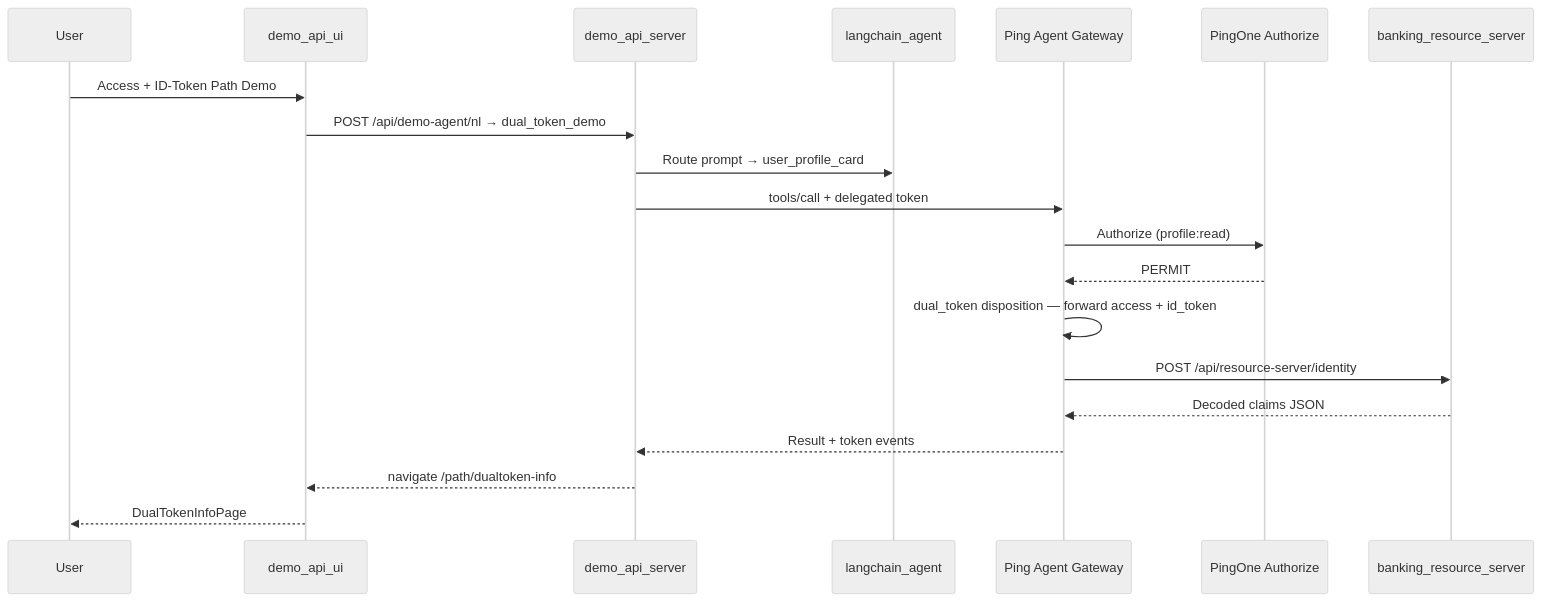
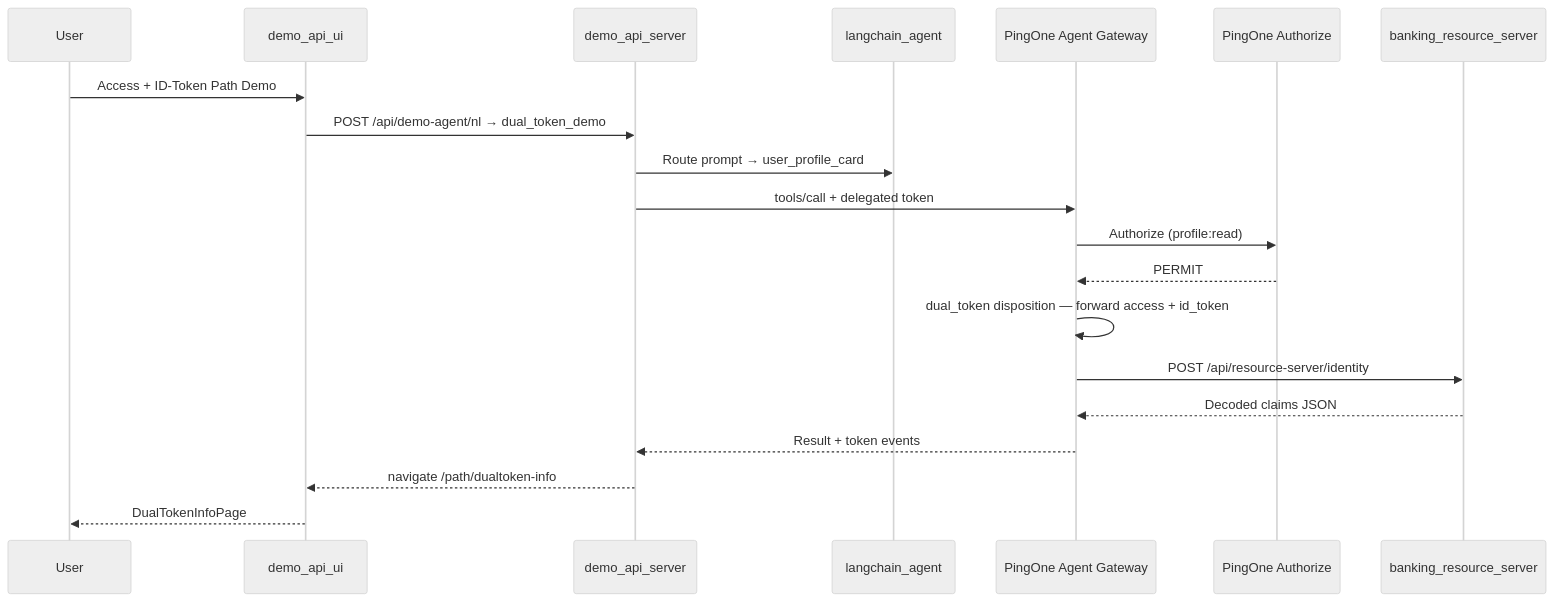
The diagram in docs/use-cases/llm-pinggateway-p1az-dualtoken-flow-test.md (curtismu7/AI-DEMO2), drawn with Mermaid (neutral theme) before and after one commit. The commit also changed other lines of this file and 322 other files, not shown here.

````diff
--- a/docs/use-cases/llm-pinggateway-p1az-dualtoken-flow-test.md
+++ b/docs/use-cases/llm-pinggateway-p1az-dualtoken-flow-test.md
@@ -33,23 +33,23 @@
 ```mermaid
 sequenceDiagram
     participant User
     participant UI as demo_api_ui
     participant BFF as demo_api_server
     participant LLM as langchain_agent
-    participant GW as Ping Agent Gateway
+    participant GW as PingOne Agent Gateway
     participant P1AZ as PingOne Authorize
     participant RS as banking_resource_server
 
     User->>UI: Access + ID-Token Path Demo
     UI->>BFF: POST /api/demo-agent/nl → dual_token_demo
     BFF->>LLM: Route prompt → user_profile_card
     BFF->>GW: tools/call + delegated token
     GW->>P1AZ: Authorize (profile:read)
     P1AZ-->>GW: PERMIT
     GW->>GW: dual_token disposition — forward access + id_token
     GW->>RS: POST /api/resource-server/identity
     RS-->>GW: Decoded claims JSON
     GW-->>BFF: Result + token events
     BFF-->>UI: navigate /path/dualtoken-info
     UI-->>User: DualTokenInfoPage
 ```
````
